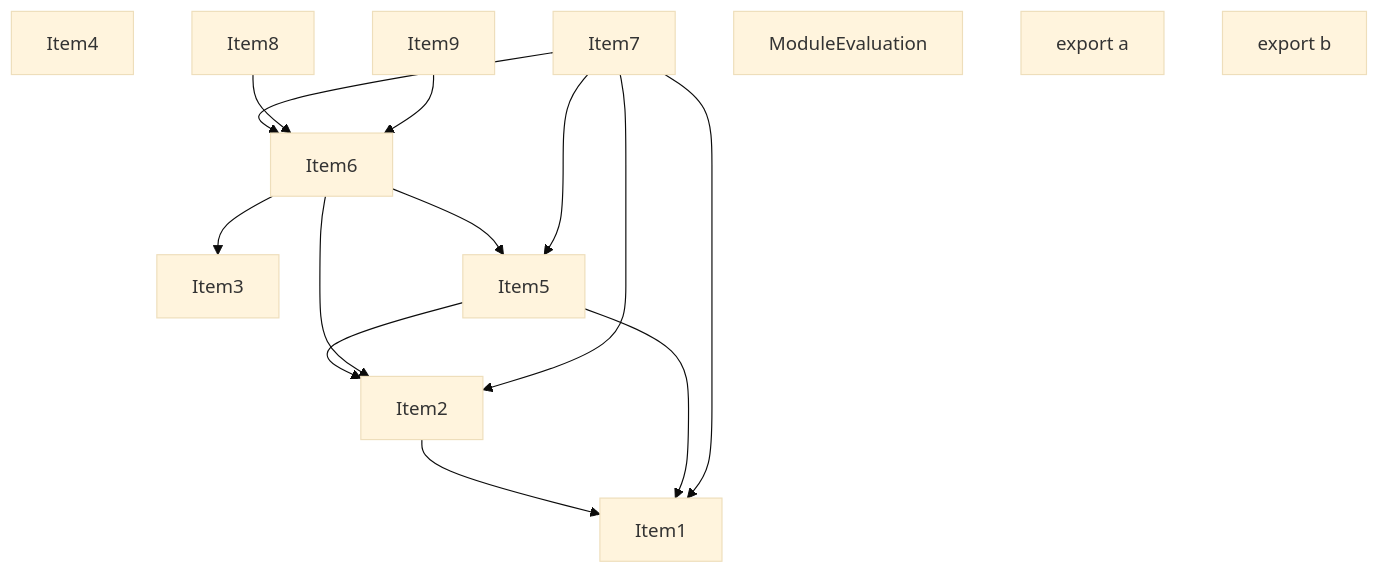
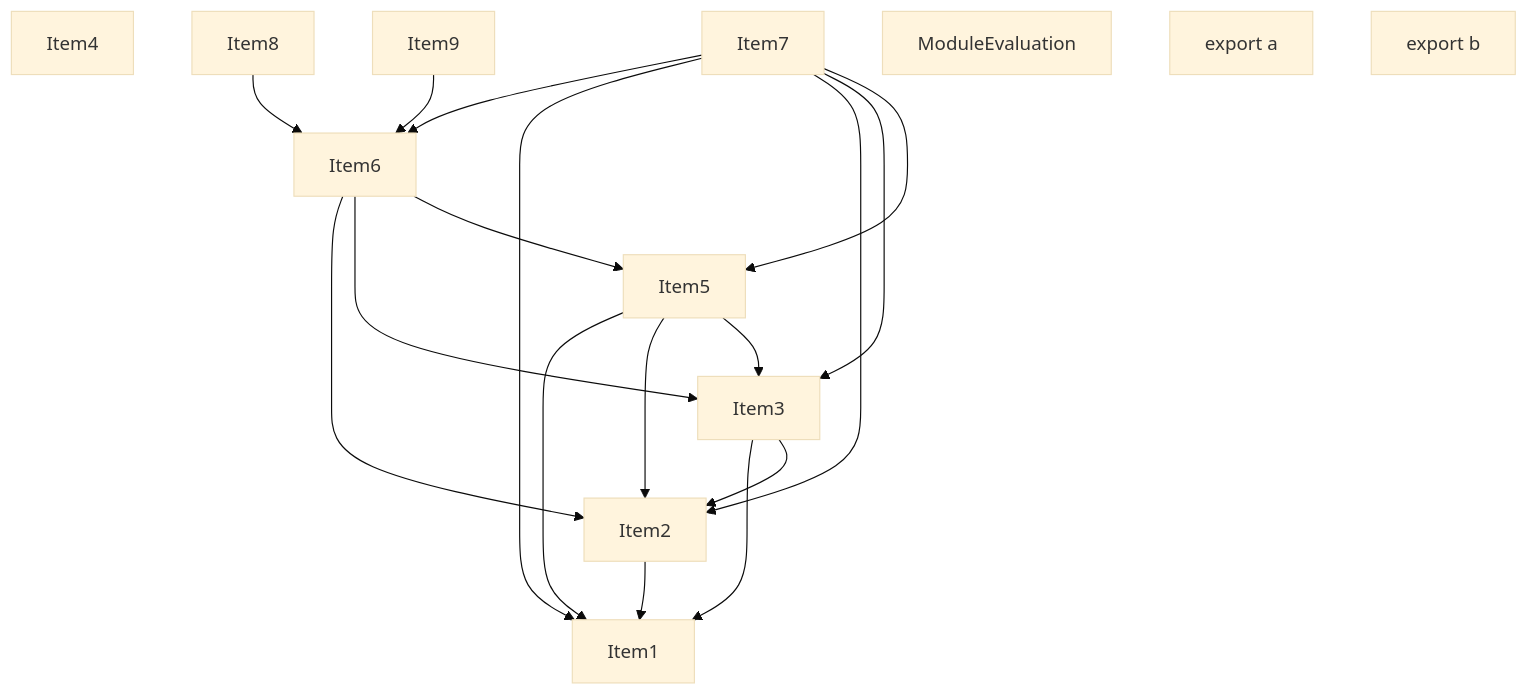
The second of 5 diagrams in crates/turbopack-ecmascript/tests/tree-shaker/analyzer/shared-and-side-effects/output.md (vercel/turborepo), drawn with Mermaid (base theme) before and after one commit. The commit also changed other lines of this file and 8 other files, not shown here.

````diff
--- a/crates/turbopack-ecmascript/tests/tree-shaker/analyzer/shared-and-side-effects/output.md
+++ b/crates/turbopack-ecmascript/tests/tree-shaker/analyzer/shared-and-side-effects/output.md
@@ -129,30 +128,34 @@
 ```mermaid
 graph TD
     Item1;
     Item2;
     Item3;
     Item4;
     Item5;
     Item6;
     Item7;
     Item8;
     Item9;
     Item10;
     Item10["ModuleEvaluation"];
     Item11;
     Item11["export a"];
     Item12;
     Item12["export b"];
     Item2 --> Item1;
+    Item3 --> Item1;
+    Item3 --> Item2;
     Item5 --> Item1;
     Item5 --> Item2;
+    Item5 --> Item3;
     Item6 --> Item2;
     Item6 --> Item3;
     Item6 --> Item5;
     Item7 --> Item6;
     Item7 --> Item1;
     Item7 --> Item2;
+    Item7 --> Item3;
     Item7 --> Item5;
     Item8 --> Item6;
     Item9 --> Item6;
 ```
````
